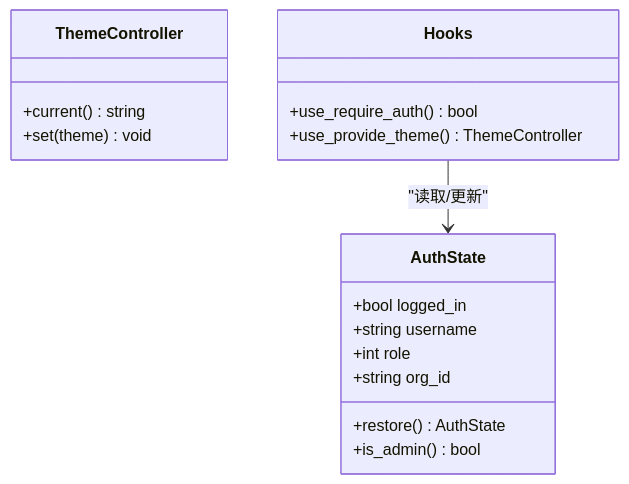
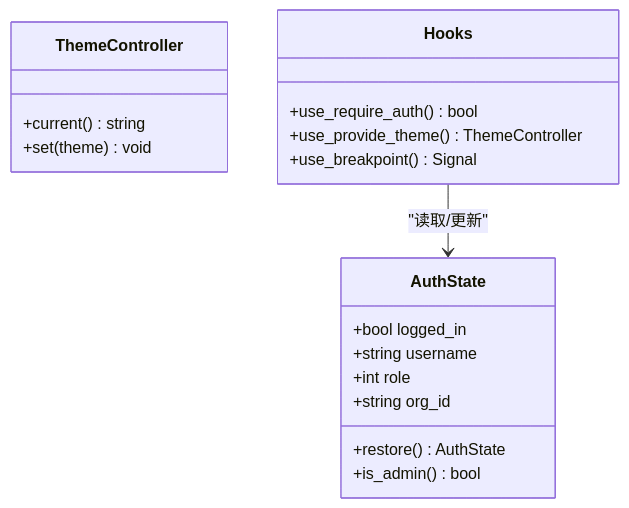
The fourth of 11 diagrams in .qoder/repowiki/zh/content/前端应用/前端应用.md (runningcoders/ai_orz), drawn with Mermaid before and after one commit. The commit also changed other lines of this file and 133 other files, not shown here.

````diff
--- a/.qoder/repowiki/zh/content/前端应用/前端应用.md
+++ b/.qoder/repowiki/zh/content/前端应用/前端应用.md
@@ -162,20 +185,21 @@
 ```mermaid
 classDiagram
 class AuthState {
 +bool logged_in
 +string username
 +int role
 +string org_id
 +restore() AuthState
 +is_admin() bool
 }
 class ThemeController {
 +current() string
 +set(theme) void
 }
 class Hooks {
 +use_require_auth() bool
 +use_provide_theme() ThemeController
++use_breakpoint() Signal<bool>
 }
 Hooks --> AuthState : "读取/更新"
 ```
````
